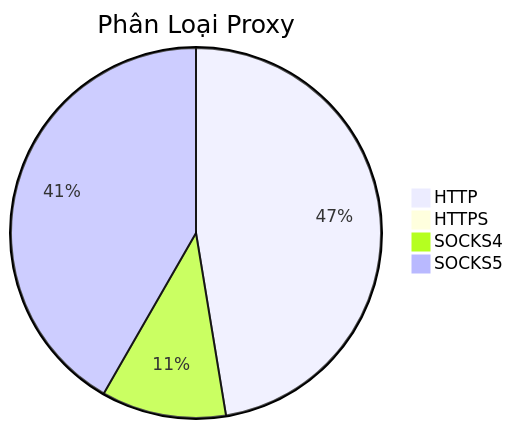
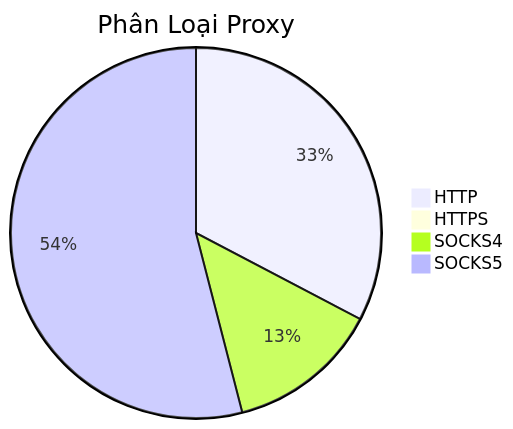
The diagram in README.md (Ciara-Aa/PROXY-free), drawn with Mermaid before and after one commit. The commit also changed other lines of this file and 4 other files, not shown here.

````diff
--- a/README.md
+++ b/README.md
@@ -26,7 +26,7 @@
 ```mermaid
 pie title Phân Loại Proxy
-    "HTTP" : 274
-    "HTTPS" : 5
-    "SOCKS4" : 63
-    "SOCKS5" : 241
+    "HTTP" : 236
+    "HTTPS" : 4
+    "SOCKS4" : 96
+    "SOCKS5" : 390
 ```
````
